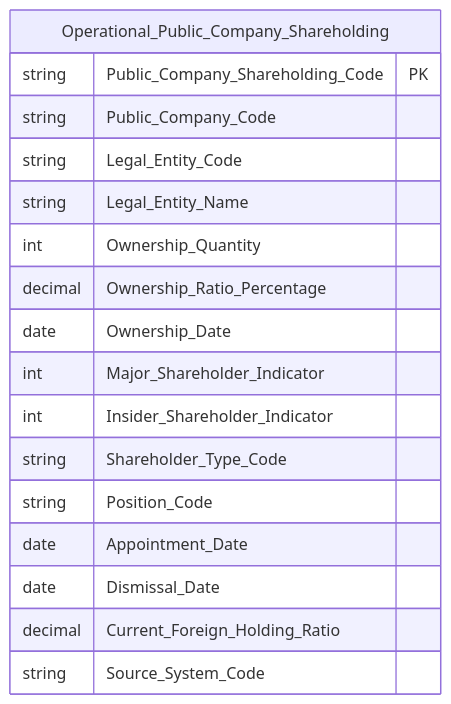
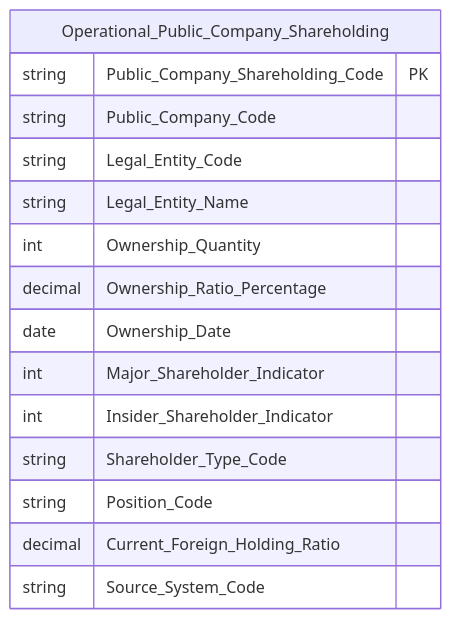
Before and after one commit to linhlvit/ubck_atomic_design: diagram 40 of 46 in Datamart/hld/DTM_GSTT_HLD.md, drawn with Mermaid. The commit also changed other lines of this file and 6 other files, not shown here.

````diff
--- a/Datamart/hld/DTM_GSTT_HLD.md
+++ b/Datamart/hld/DTM_GSTT_HLD.md
@@ -2179,20 +2179,18 @@
 ```mermaid
 erDiagram
     Operational_Public_Company_Shareholding {
         string Public_Company_Shareholding_Code PK
         string Public_Company_Code
         string Legal_Entity_Code
         string Legal_Entity_Name
         int Ownership_Quantity
         decimal Ownership_Ratio_Percentage
         date Ownership_Date
         int Major_Shareholder_Indicator
         int Insider_Shareholder_Indicator
         string Shareholder_Type_Code
         string Position_Code
-        date Appointment_Date
-        date Dismissal_Date
         decimal Current_Foreign_Holding_Ratio
         string Source_System_Code
     }
 ```
````
